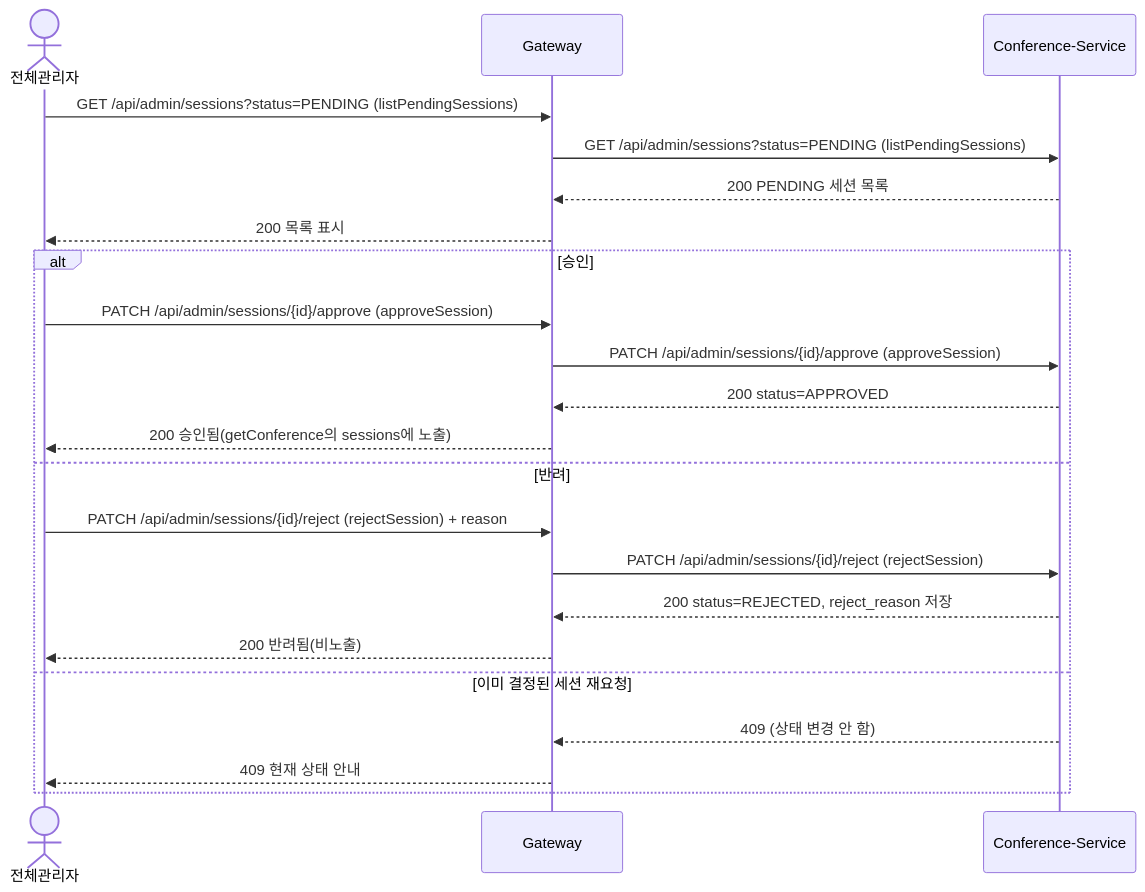
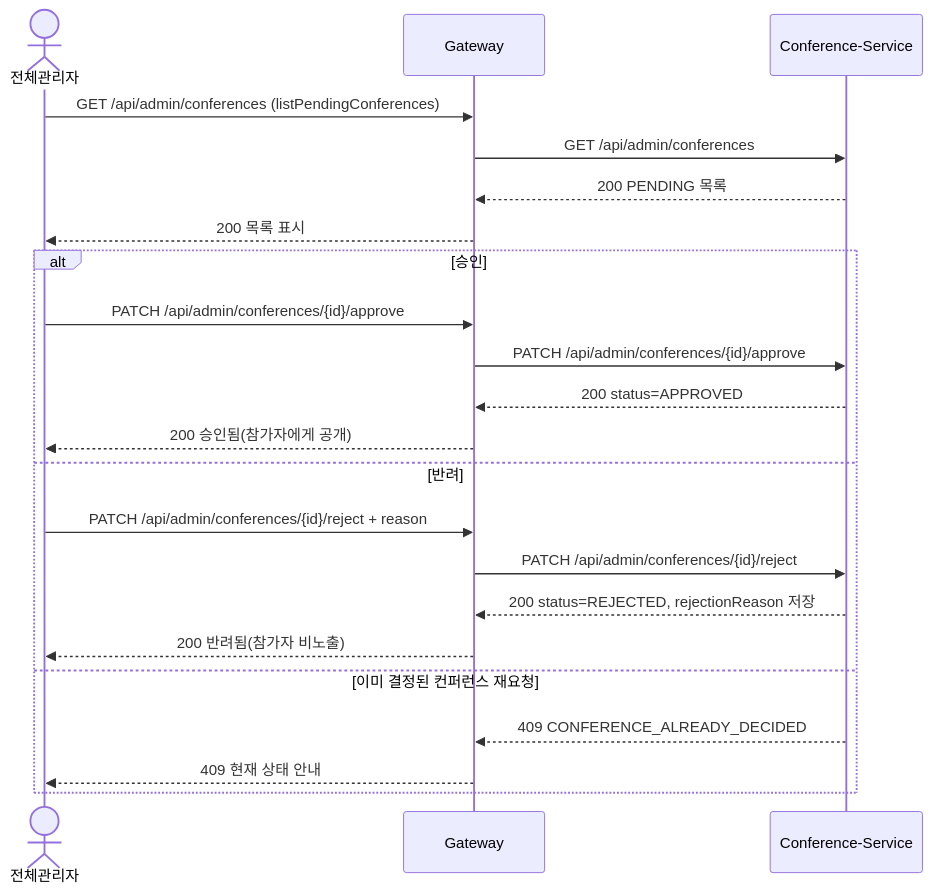
Before and after one commit to likelion-backend-24th/Final-Project-Team3: diagram 14 of 30 in docs/시퀀스.md, drawn with Mermaid. The commit also changed other lines of this file and 4 other files, not shown here.

````diff
--- a/docs/시퀀스.md
+++ b/docs/시퀀스.md
@@ -206,24 +380,24 @@
 ```mermaid
 sequenceDiagram
     actor SA as 전체관리자
     participant G as Gateway
     participant CS as Conference-Service
-    SA->>G: GET /api/admin/sessions?status=PENDING (listPendingSessions)
-    G->>CS: GET /api/admin/sessions?status=PENDING (listPendingSessions)
-    CS-->>G: 200 PENDING 세션 목록
+    SA->>G: GET /api/admin/conferences (listPendingConferences)
+    G->>CS: GET /api/admin/conferences
+    CS-->>G: 200 PENDING 목록
     G-->>SA: 200 목록 표시
     alt 승인
-        SA->>G: PATCH /api/admin/sessions/{id}/approve (approveSession)
-        G->>CS: PATCH /api/admin/sessions/{id}/approve (approveSession)
+        SA->>G: PATCH /api/admin/conferences/{id}/approve
+        G->>CS: PATCH /api/admin/conferences/{id}/approve
         CS-->>G: 200 status=APPROVED
-        G-->>SA: 200 승인됨(getConference의 sessions에 노출)
+        G-->>SA: 200 승인됨(참가자에게 공개)
     else 반려
-        SA->>G: PATCH /api/admin/sessions/{id}/reject (rejectSession) + reason
-        G->>CS: PATCH /api/admin/sessions/{id}/reject (rejectSession)
-        CS-->>G: 200 status=REJECTED, reject_reason 저장
-        G-->>SA: 200 반려됨(비노출)
-    else 이미 결정된 세션 재요청
-        CS-->>G: 409 (상태 변경 안 함)
+        SA->>G: PATCH /api/admin/conferences/{id}/reject + reason
+        G->>CS: PATCH /api/admin/conferences/{id}/reject
+        CS-->>G: 200 status=REJECTED, rejectionReason 저장
+        G-->>SA: 200 반려됨(참가자 비노출)
+    else 이미 결정된 컨퍼런스 재요청
+        CS-->>G: 409 CONFERENCE_ALREADY_DECIDED
         G-->>SA: 409 현재 상태 안내
     end
 ```
````
